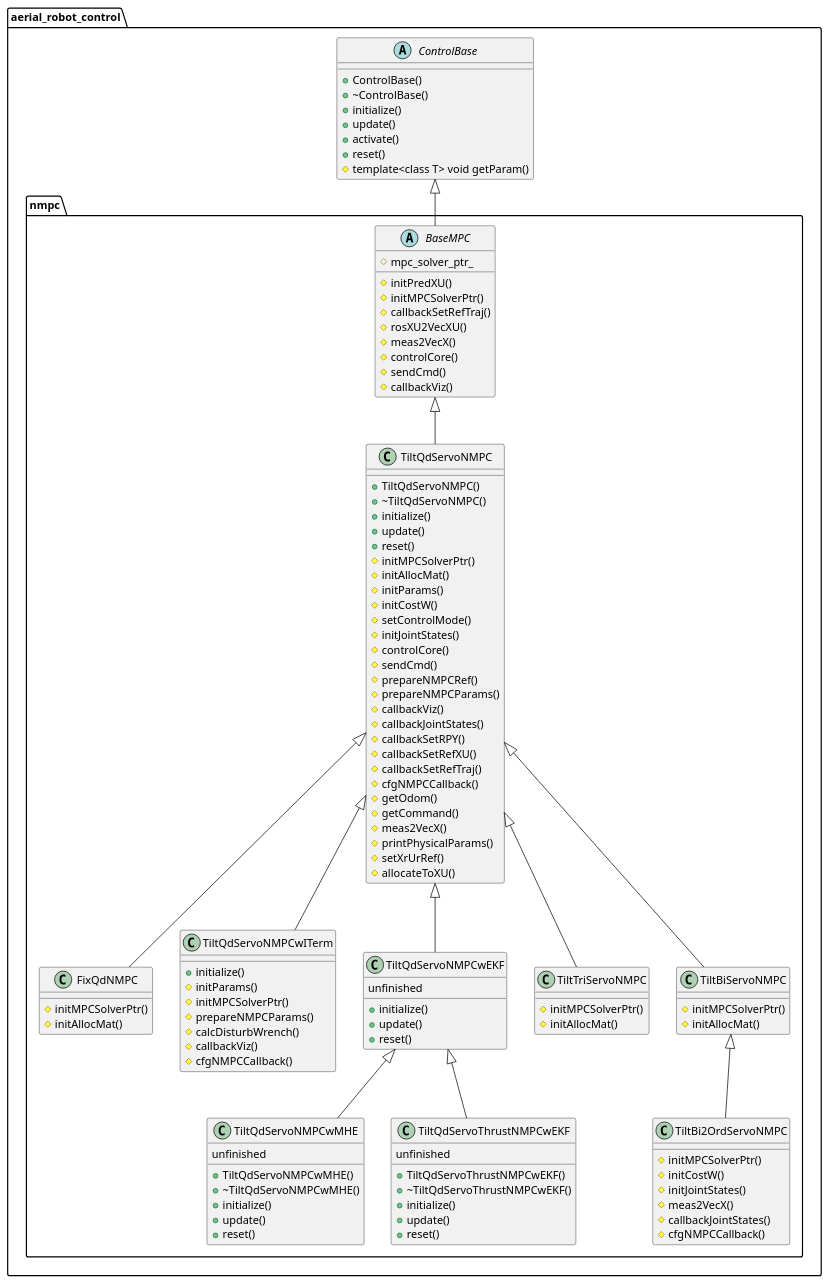
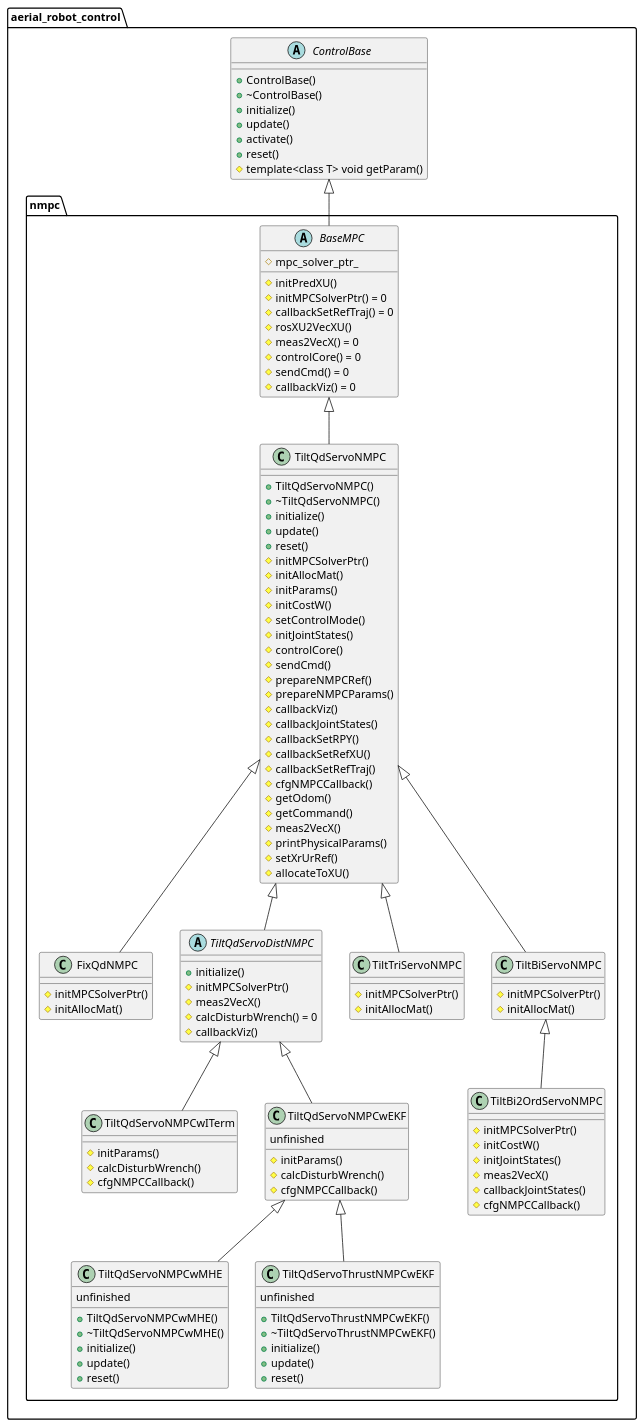
One commit to jsk-ros-pkg/jsk_aerial_robot changed the diagram in docs/UMLs/nmpc_controller.puml. Above: the diagram before and after it, drawn with PlantUML. The commit also changed 5 other files, not shown here.

Commit message:
[Control][NMPC]: extract a new abstract class TiltQdServoDistNMPC, and refactor the TiltQdServoNMPCwITerm to based on it.

```diff
--- a/docs/UMLs/nmpc_controller.puml
+++ b/docs/UMLs/nmpc_controller.puml
@@ -1,135 +1,140 @@
 @startuml
 'https://plantuml.com/class-diagram
 
 set namespaceSeparator ::
 
 abstract class aerial_robot_control::ControlBase {
     + ControlBase()
     + ~ControlBase()
     + initialize()
     + update()
     + activate()
     + reset()
     # template<class T> void getParam()
 }
 
 abstract class aerial_robot_control::nmpc::BaseMPC extends aerial_robot_control::ControlBase {
     # mpc_solver_ptr_
     # initPredXU()
-    # initMPCSolverPtr()
-    # callbackSetRefTraj()
+    # initMPCSolverPtr() = 0
+    # callbackSetRefTraj() = 0
     # rosXU2VecXU()
-    # meas2VecX()
-    # controlCore()
-    # sendCmd()
-    # callbackViz()
+    # meas2VecX() = 0
+    # controlCore() = 0
+    # sendCmd() = 0
+    # callbackViz() = 0
 }
 
 class aerial_robot_control::nmpc::FixQdNMPC extends aerial_robot_control::nmpc::TiltQdServoNMPC {
 'x_dim = 13, u_dim = 4, p_dim = 4'
     # initMPCSolverPtr()
     # initAllocMat()
 }
 
 'class aerial_robot_control::nmpc::TiltQdNMPC extends aerial_robot_control::nmpc::FixQdNMPC {
 ''x_dim = 13, u_dim = 8'
 '    + TiltQdNMPC()
 '    + ~TiltQdNMPC()
 '    + initialize()
 '    + update()
 '    + reset()
 '}
 
 class aerial_robot_control::nmpc::TiltQdServoNMPC extends aerial_robot_control::nmpc::BaseMPC {
 'x_dim = 17, u_dim = 8, p_dim = 4'
     + TiltQdServoNMPC()
     + ~TiltQdServoNMPC()
     + initialize()
     + update()
     + reset()
     # initMPCSolverPtr()
     # initAllocMat()
     # initParams()
     # initCostW()
     # setControlMode()
     # initJointStates()
     # controlCore()
     # sendCmd()
     # prepareNMPCRef()
     # prepareNMPCParams()
     # callbackViz()
     # callbackJointStates()
     # callbackSetRPY()
     # callbackSetRefXU()
     # callbackSetRefTraj()
     # cfgNMPCCallback()
     # getOdom()
     # getCommand()
     # meas2VecX()
     # printPhysicalParams()
     # setXrUrRef()
     # allocateToXU()
 }
 
-class aerial_robot_control::nmpc::TiltQdServoNMPCwITerm extends aerial_robot_control::nmpc::TiltQdServoNMPC {
-'x_dim = 17, u_dim = 8， p_dim = 10'
+abstract class aerial_robot_control::nmpc::TiltQdServoDistNMPC extends aerial_robot_control::nmpc::TiltQdServoNMPC {
+'x_dim = 23, u_dim = 8， p_dim = 4'
     + initialize()
+    # initMPCSolverPtr()
+    # meas2VecX()
+    # calcDisturbWrench() = 0
+    # callbackViz()
+}
+
+class aerial_robot_control::nmpc::TiltQdServoNMPCwITerm extends aerial_robot_control::nmpc::TiltQdServoDistNMPC {
+'x_dim = 23, u_dim = 8， p_dim = 4'
     # initParams()
-    # initMPCSolverPtr()
-    # prepareNMPCParams()
     # calcDisturbWrench()
-    # callbackViz()
     # cfgNMPCCallback()
 }
 
-class aerial_robot_control::nmpc::TiltQdServoNMPCwEKF extends aerial_robot_control::nmpc::TiltQdServoNMPC {
+class aerial_robot_control::nmpc::TiltQdServoNMPCwEKF extends aerial_robot_control::nmpc::TiltQdServoDistNMPC {
 'x_dim = 23, u_dim = 8, p_dim = 4'
 unfinished
-    + initialize()
-    + update()
-    + reset()
+    # initParams()
+    # calcDisturbWrench()
+    # cfgNMPCCallback()
 }
 
 class aerial_robot_control::nmpc::TiltQdServoNMPCwMHE extends aerial_robot_control::nmpc::TiltQdServoNMPCwEKF {
 'x_dim = 23, u_dim = 8, p_dim = 4'
 unfinished
     + TiltQdServoNMPCwMHE()
     + ~TiltQdServoNMPCwMHE()
     + initialize()
     + update()
     + reset()
 }
 
 class aerial_robot_control::nmpc::TiltQdServoThrustNMPCwEKF extends aerial_robot_control::nmpc::TiltQdServoNMPCwEKF {
 'x_dim = 27, u_dim = 8, p_dim = 4'
 unfinished
     + TiltQdServoThrustNMPCwEKF()
     + ~TiltQdServoThrustNMPCwEKF()
     + initialize()
     + update()
     + reset()
 }
 
 class aerial_robot_control::nmpc::TiltTriServoNMPC extends aerial_robot_control::nmpc::TiltQdServoNMPC {
 'x_dim = 16, u_dim = 6, p_dim = 4'
     # initMPCSolverPtr()
     # initAllocMat()
 }
 
 class aerial_robot_control::nmpc::TiltBiServoNMPC extends aerial_robot_control::nmpc::TiltQdServoNMPC {
 'x_dim = 15, u_dim = 4, p_dim = 4'
     # initMPCSolverPtr()
     # initAllocMat()
 }
 
 class aerial_robot_control::nmpc::TiltBi2OrdServoNMPC extends aerial_robot_control::nmpc::TiltBiServoNMPC {
 'x_dim = 17, u_dim = 4, p_dim = 4'
     # initMPCSolverPtr()
     # initCostW()
     # initJointStates()
     # meas2VecX()
     # callbackJointStates()
     # cfgNMPCCallback()
 }
 
 @enduml
```
